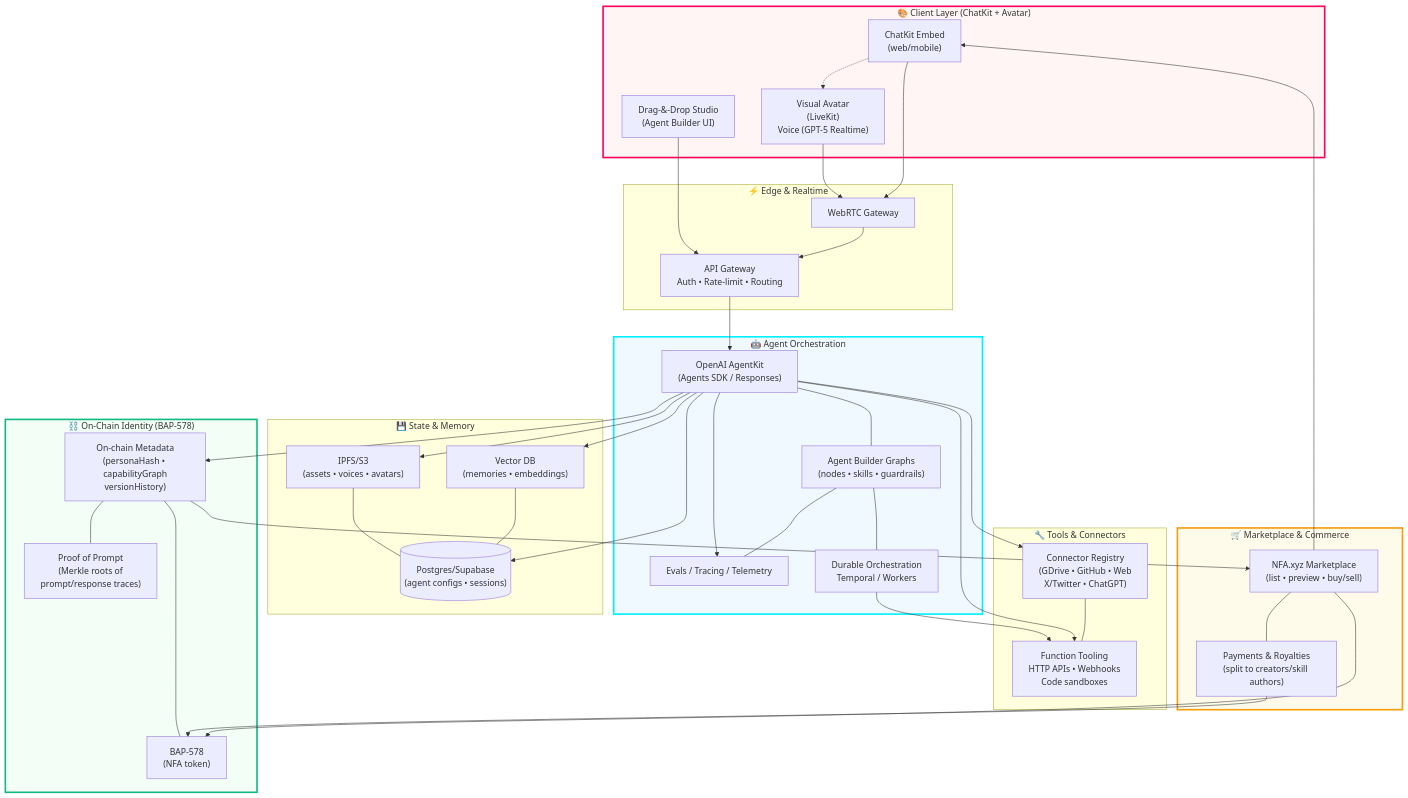
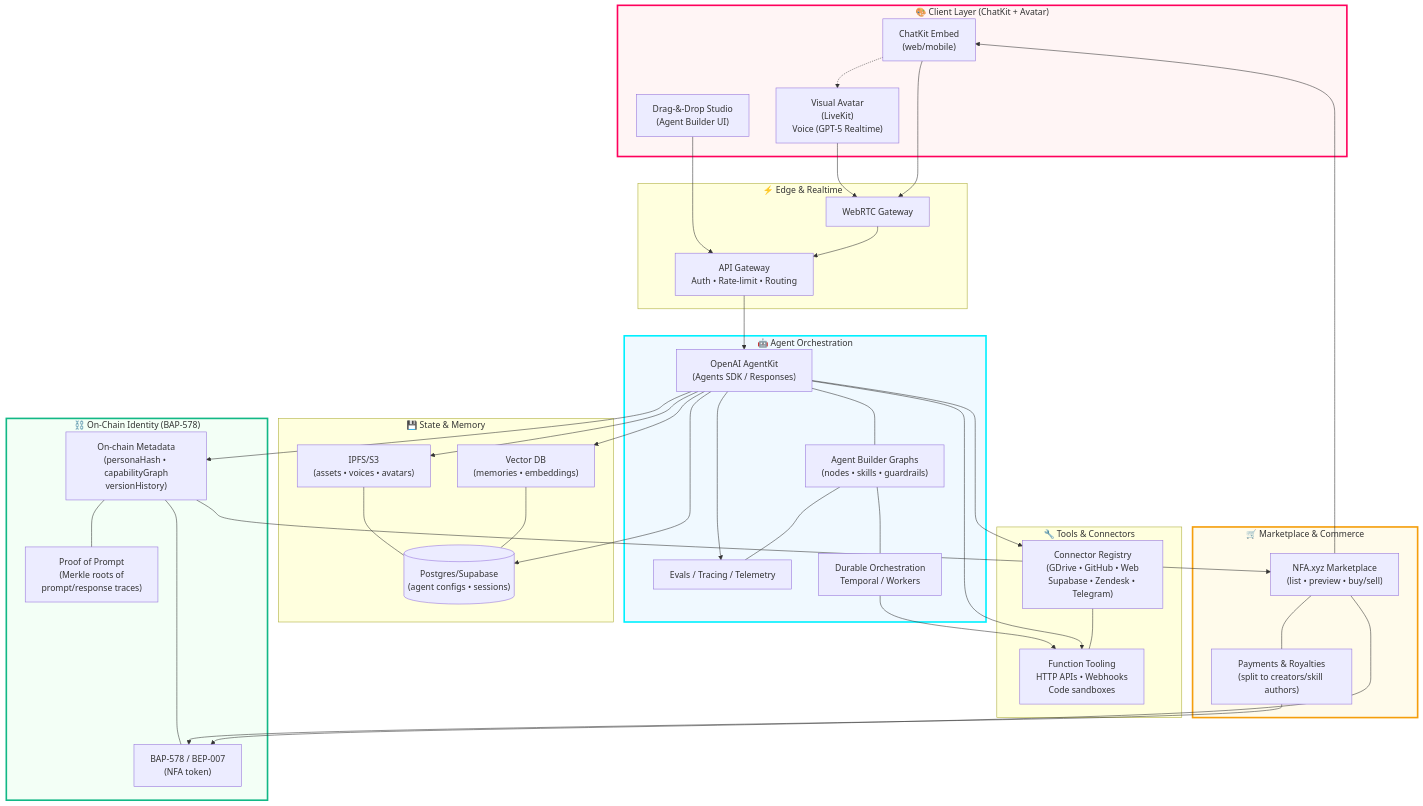
Before and after one commit to christelbuchanan/nfa-agentkit-playbook: the first of 12 diagrams in README.md, drawn with Mermaid. The commit also changed other lines of this file and 2 other files, not shown here.

````diff
--- a/README.md
+++ b/README.md
@@ -22,75 +22,75 @@
 ```mermaid
 flowchart TB
     subgraph UI["🎨 Client Layer (ChatKit + Avatar)"]
         CK["ChatKit Embed<br/>(web/mobile)"]
         AV["Visual Avatar<br/>(LiveKit)<br/>Voice (GPT-5 Realtime)"]
         STUDIO["Drag-&-Drop Studio<br/>(Agent Builder UI)"]
         CK -.-> AV
     end
 
     subgraph EDGE["⚡ Edge & Realtime"]
         RTC["WebRTC Gateway"]
         APIGW["API Gateway<br/>Auth • Rate-limit • Routing"]
         RTC --> APIGW
     end
 
     subgraph AGENTS["🤖 Agent Orchestration"]
         AK["OpenAI AgentKit<br/>(Agents SDK / Responses)"]
         FLOWS["Agent Builder Graphs<br/>(nodes • skills • guardrails)"]
         EVAL["Evals / Tracing / Telemetry"]
         TEMP["Durable Orchestration<br/>Temporal / Workers"]
         AK --- FLOWS
         FLOWS --- EVAL
         FLOWS --- TEMP
     end
 
     subgraph TOOLS["🔧 Tools & Connectors"]
-        REG["Connector Registry<br/>(GDrive • GitHub • Web<br/>X/Twitter • ChatGPT)"]
+        REG["Connector Registry<br/>(GDrive • GitHub • Web<br/>Supabase • Zendesk • Telegram)"]
         FX["Function Tooling<br/>HTTP APIs • Webhooks<br/>Code sandboxes"]
         REG --- FX
     end
 
     subgraph STATE["💾 State & Memory"]
         VDB["Vector DB<br/>(memories • embeddings)"]
         OBJ["IPFS/S3<br/>(assets • voices • avatars)"]
         SQL[("Postgres/Supabase<br/>(agent configs • sessions)")]
         VDB --- SQL
         OBJ --- SQL
     end
 
     subgraph CHAIN["⛓️ On-Chain Identity (BAP-578)"]
-        BAP["BAP-578<br/>(NFA token)"]
+        BAP["BAP-578 / BEP-007<br/>(NFA token)"]
         META["On-chain Metadata<br/>(personaHash • capabilityGraph<br/>versionHistory)"]
         POP["Proof of Prompt<br/>(Merkle roots of<br/>prompt/response traces)"]
         BAP --- META
         META --- POP
     end
 
     subgraph MKT["🛒 Marketplace & Commerce"]
         NFA["NFA.xyz Marketplace<br/>(list • preview • buy/sell)"]
         PAY["Payments & Royalties<br/>(split to creators/skill authors)"]
         NFA --- PAY
     end
 
     CK --> RTC
     AV --> RTC
     STUDIO --> APIGW
     APIGW --> AK
     AK --> REG
     AK --> FX
     AK --> VDB
     AK --> SQL
     AK --> OBJ
     AK --> EVAL
     TEMP --> FX
     AK --> META
     NFA --> CK
     NFA --> BAP
     PAY --> BAP
     META --> NFA
 
     style CHAIN fill:#f3fff6,stroke:#12b886,stroke-width:3px
     style UI fill:#fff5f5,stroke:#FF005C,stroke-width:3px
     style AGENTS fill:#f0f9ff,stroke:#00F0FF,stroke-width:3px
     style MKT fill:#fffbeb,stroke:#f59e0b,stroke-width:3px
 ```
````
